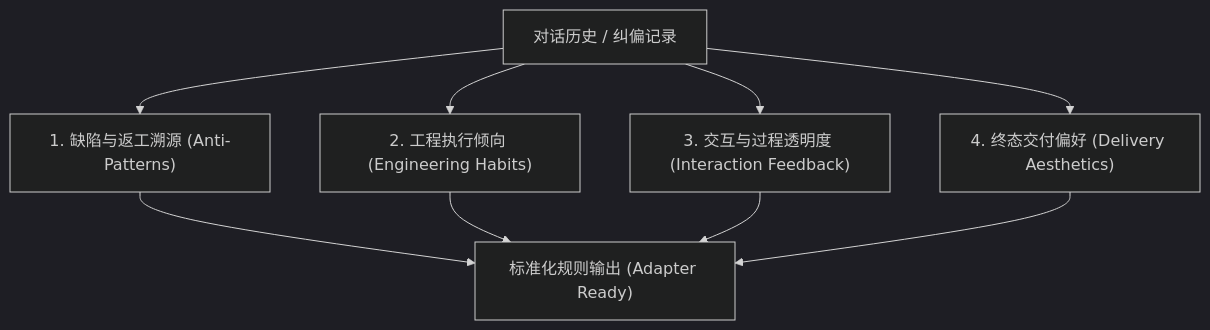
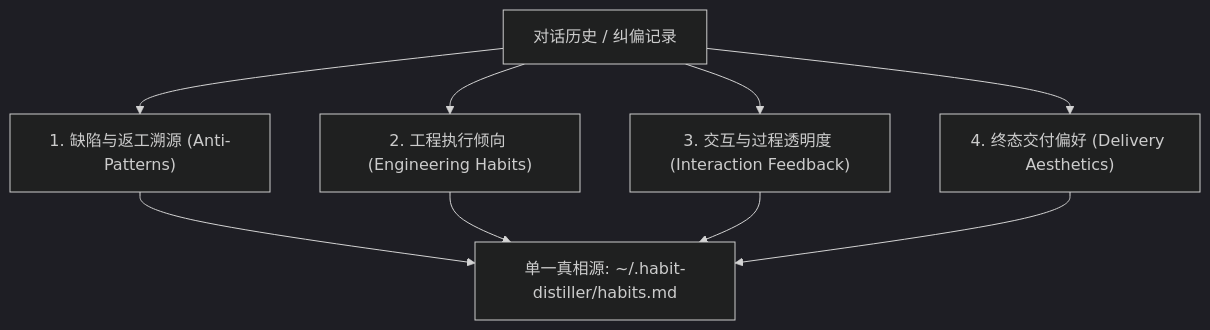
Before and after one commit to Ikaros-521/habit-distiller-skills: the diagram in core/habit_extractor.md, drawn with Mermaid (dark theme). The commit also changed other lines of this file and 5 other files, not shown here.

Commit message:
feat: upgrade to zero-intrusion sidecar architecture with ~/.habit-distiller/habits.md as single source of truth

````diff
--- a/core/habit_extractor.md
+++ b/core/habit_extractor.md
@@ -18,8 +18,8 @@
 ```mermaid
 graph TD
     A["对话历史 / 纠偏记录"] --> B["1. 缺陷与返工溯源 (Anti-Patterns)"]
     A --> C["2. 工程执行倾向 (Engineering Habits)"]
     A --> D["3. 交互与过程透明度 (Interaction Feedback)"]
     A --> E["4. 终态交付偏好 (Delivery Aesthetics)"]
-    B & C & D & E --> F["标准化规则输出 (Adapter Ready)"]
+    B & C & D & E --> F["单一真相源: ~/.habit-distiller/habits.md"]
 ```
````
